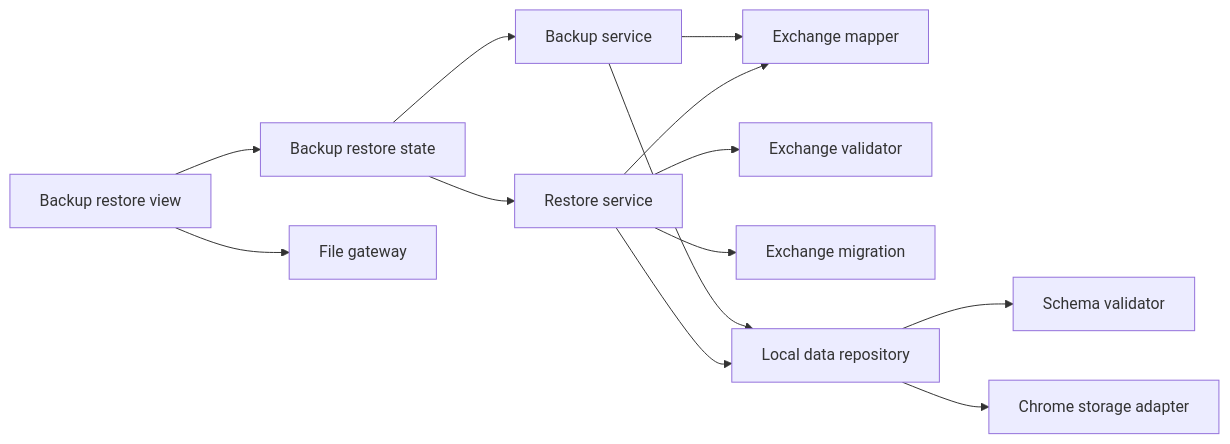
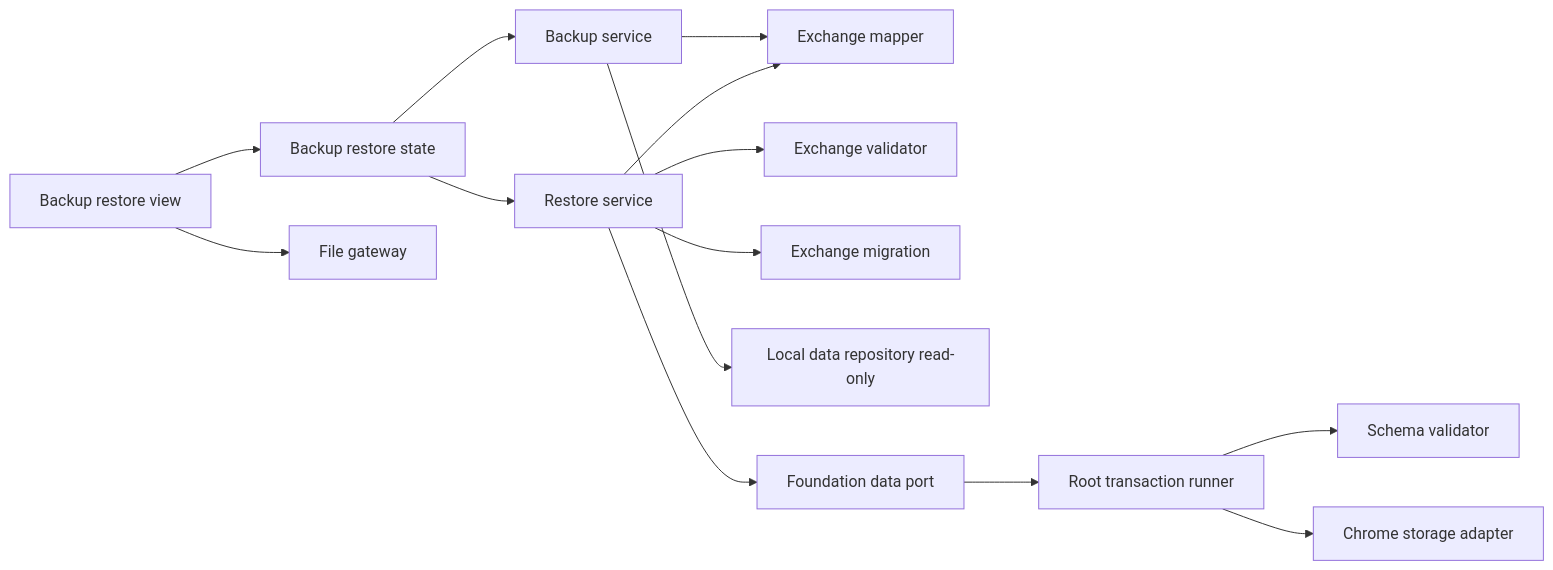
One commit to Huruikagi/pc-build-planner changed the first of 3 diagrams in .kiro/specs/backup-restore/design.md. Above: the diagram before and after it, drawn with Mermaid. The commit also changed other lines of this file and 2 other files, not shown here.

First line of the commit message:
docs(backup-restore): 設計と実装タスクをFoundationDataPort消費前提へ修正する

````diff
--- a/.kiro/specs/backup-restore/design.md
+++ b/.kiro/specs/backup-restore/design.md
@@ -60,15 +60,16 @@
 ```mermaid
 graph LR
     View[Backup restore view] --> State[Backup restore state]
     View --> File[File gateway]
     State --> Export[Backup service]
     State --> Restore[Restore service]
     Export --> Mapper[Exchange mapper]
     Restore --> Validator[Exchange validator]
     Restore --> Migration[Exchange migration]
     Restore --> Mapper
-    Export --> Repository[Local data repository]
-    Restore --> Repository
-    Repository --> Schema[Schema validator]
-    Repository --> Storage[Chrome storage adapter]
+    Export --> Repository[Local data repository read-only]
+    Restore --> Foundation[Foundation data port]
+    Foundation --> Runner[Root transaction runner]
+    Runner --> Schema[Schema validator]
+    Runner --> Storage[Chrome storage adapter]
 ```
````
